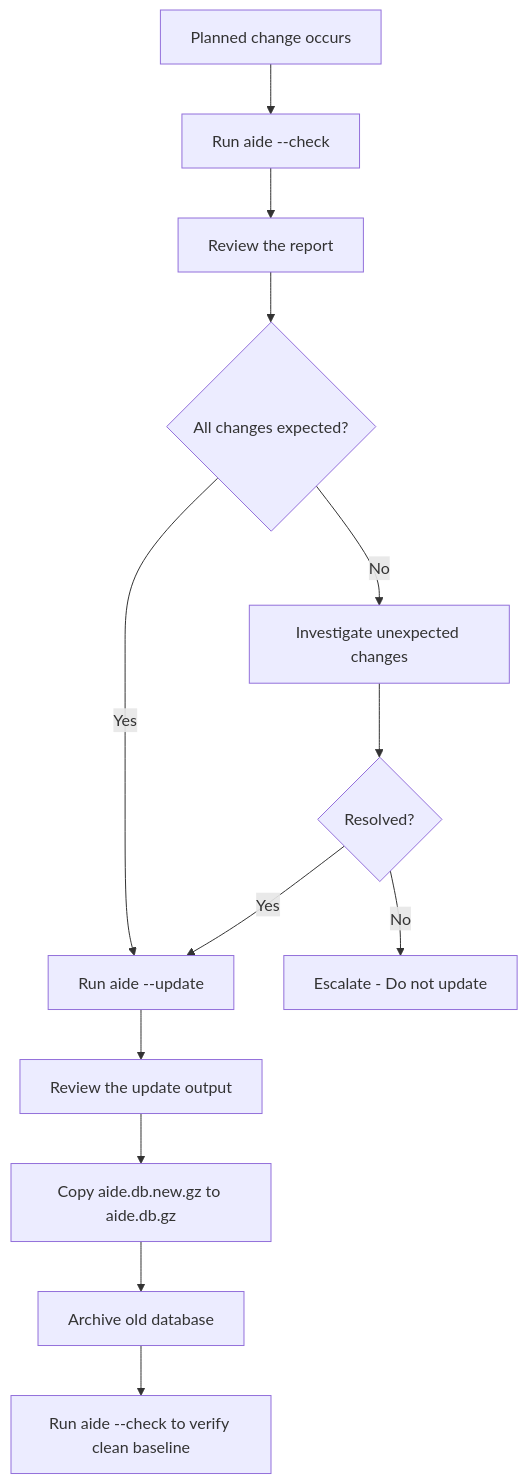
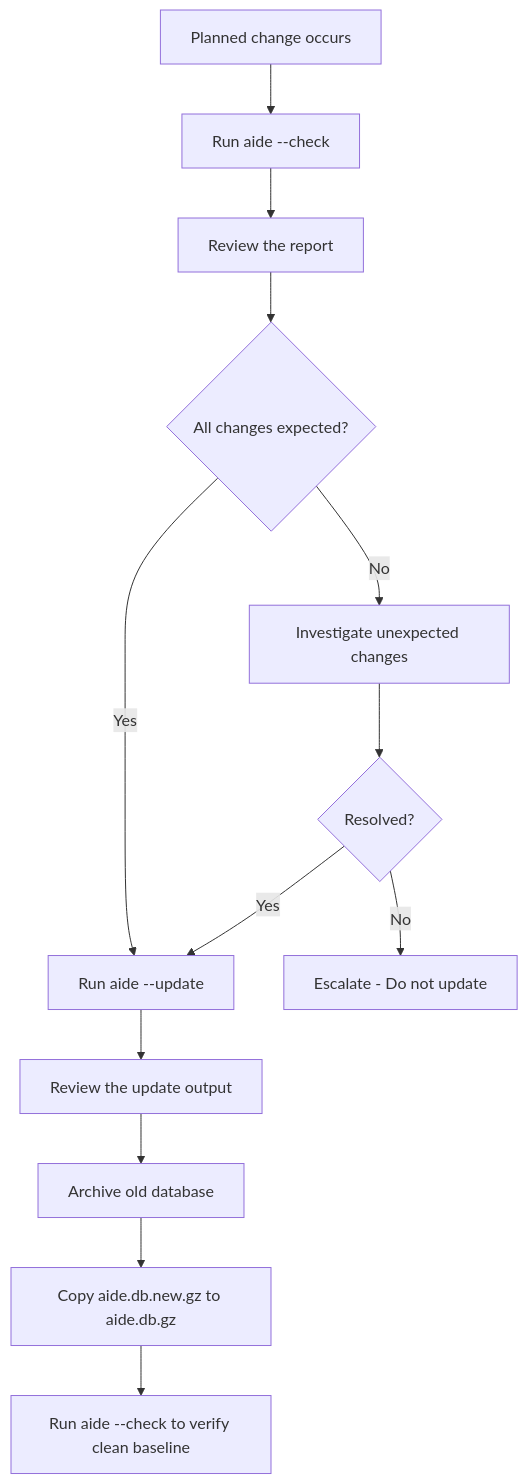
The diagram in posts/2026-03-04-update-aide-database-legitimate-changes-rhel-9/README.md (OneUptime/blog), drawn with Mermaid before and after one commit. The commit also changed other lines of this file and 2 other files, not shown here.

Commit message:
validate: 2026-03-04-update-aide-database-legitimate-changes-rhel-9

````diff
--- a/posts/2026-03-04-update-aide-database-legitimate-changes-rhel-9/README.md
+++ b/posts/2026-03-04-update-aide-database-legitimate-changes-rhel-9/README.md
@@ -46,15 +46,15 @@
 ```mermaid
 flowchart TD
     A[Planned change occurs] --> B[Run aide --check]
     B --> C[Review the report]
     C --> D{All changes expected?}
     D -->|Yes| E[Run aide --update]
     D -->|No| F[Investigate unexpected changes]
     E --> G[Review the update output]
-    G --> H[Copy aide.db.new.gz to aide.db.gz]
-    H --> I[Archive old database]
+    G --> H[Archive old database]
+    H --> I[Copy aide.db.new.gz to aide.db.gz]
     I --> J[Run aide --check to verify clean baseline]
     F --> K{Resolved?}
     K -->|Yes| E
     K -->|No| L[Escalate - Do not update]
 ```
````
